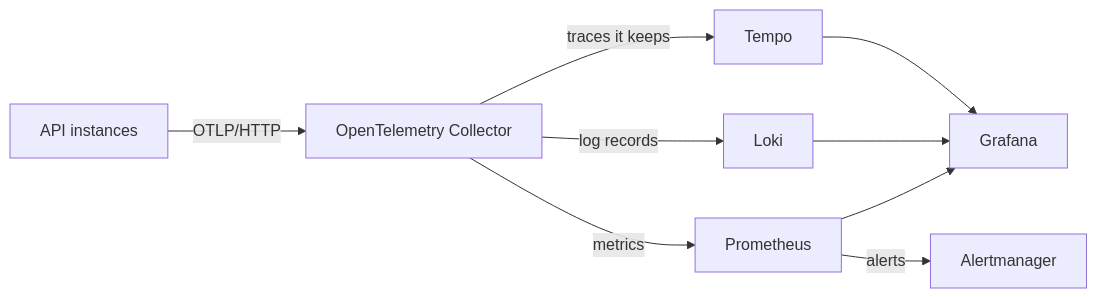
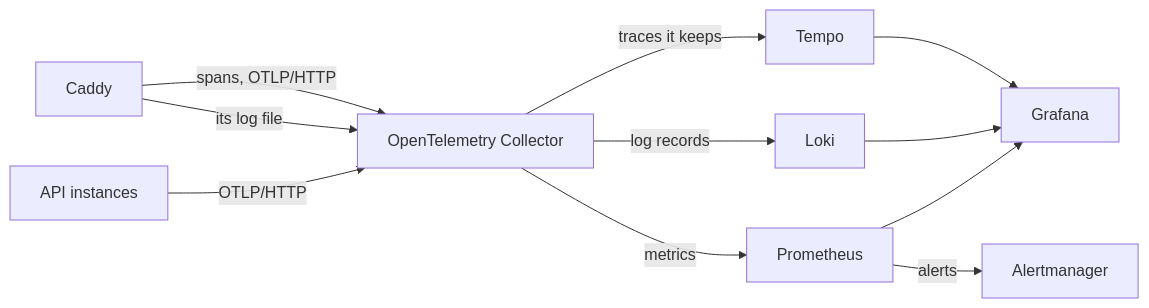
The diagram in docs/operations/observability.md (Grebyn35/AntWorker-API-Rust), drawn with Mermaid before and after one commit. The commit also changed other lines of this file and 19 other files, not shown here.

````diff
--- a/docs/operations/observability.md
+++ b/docs/operations/observability.md
@@ -23,9 +23,11 @@
 ```mermaid
 flowchart LR
-  api[API instances] -- OTLP/HTTP --> collector[OpenTelemetry Collector]
+  caddy[Caddy] -- spans, OTLP/HTTP --> collector[OpenTelemetry Collector]
+  caddy -- its log file --> collector
+  api[API instances] -- OTLP/HTTP --> collector
   collector -- traces it keeps --> tempo[Tempo]
   collector -- log records --> loki[Loki]
   collector -- metrics --> prometheus[Prometheus]
   prometheus -- alerts --> alertmanager[Alertmanager]
   tempo & loki & prometheus --> grafana[Grafana]
 ```
````
